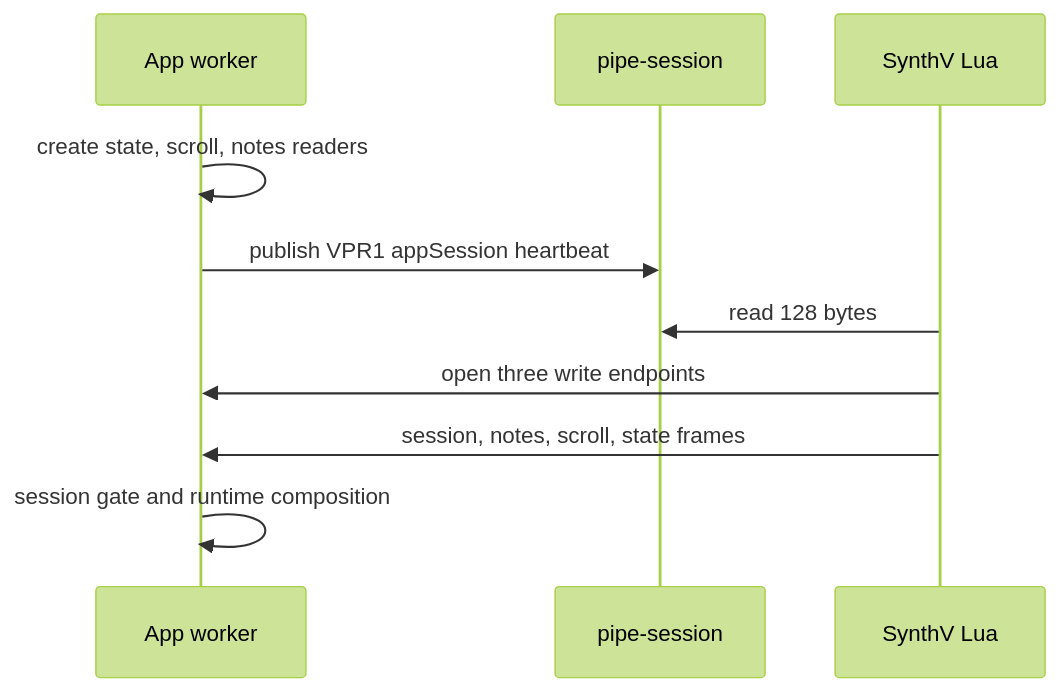
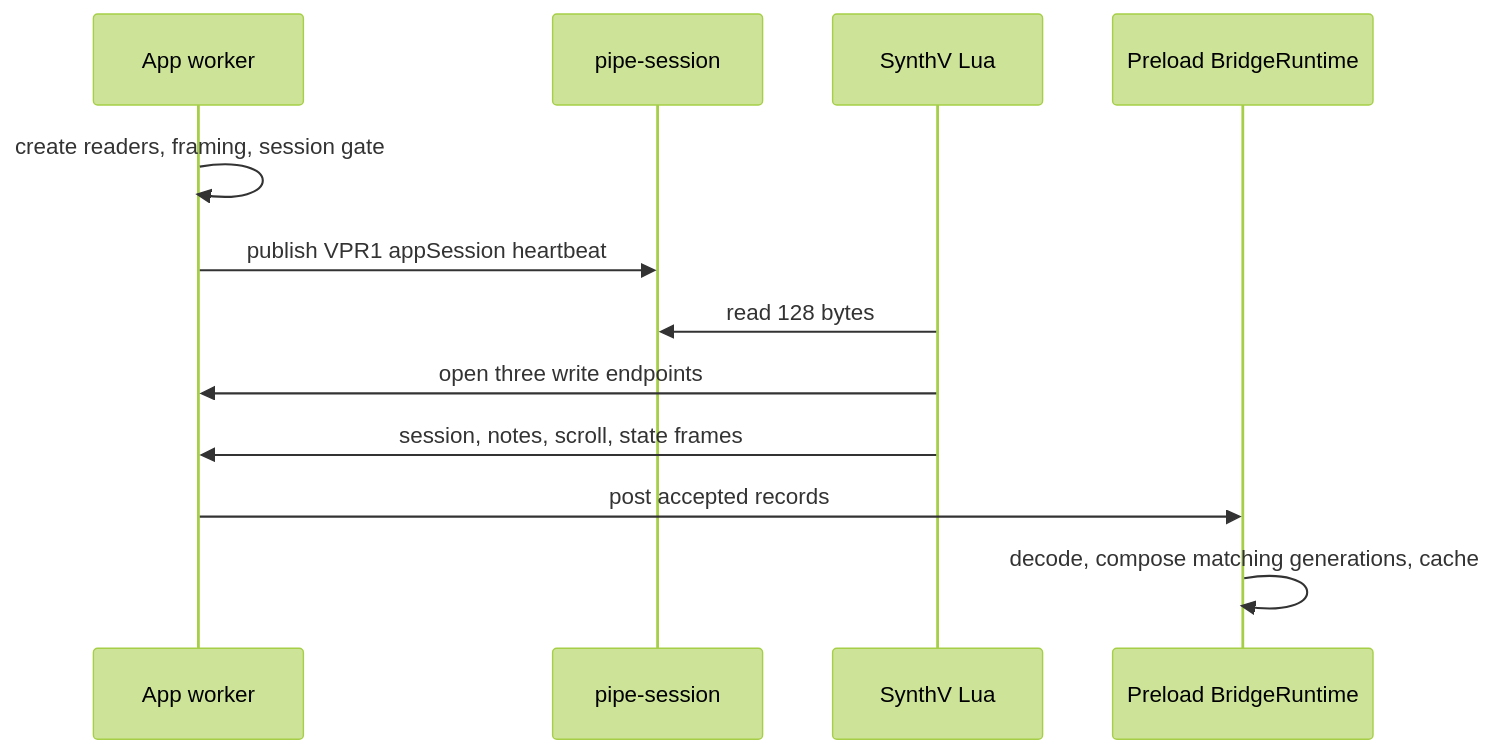
Before and after one commit to 0x1f320/karaoke-v: the diagram in docs/bridge.ko.md, drawn with Mermaid (forest theme). The commit also changed other lines of this file and 10 other files, not shown here.

Commit message:
docs(bridge): clarify pipe-session lifecycle

````diff
--- a/docs/bridge.ko.md
+++ b/docs/bridge.ko.md
@@ -17,12 +17,14 @@
 ```mermaid
 sequenceDiagram
-    participant A as App worker
+    participant W as App worker
     participant R as pipe-session
     participant L as SynthV Lua
-    A->>A: create state, scroll, notes readers
-    A->>R: publish VPR1 appSession heartbeat
+    participant P as Preload BridgeRuntime
+    W->>W: create readers, framing, session gate
+    W->>R: publish VPR1 appSession heartbeat
     L->>R: read 128 bytes
-    L->>A: open three write endpoints
-    L->>A: session, notes, scroll, state frames
-    A->>A: session gate and runtime composition
+    L->>W: open three write endpoints
+    L->>W: session, notes, scroll, state frames
+    W->>P: post accepted records
+    P->>P: decode, compose matching generations, cache
 ```
````
